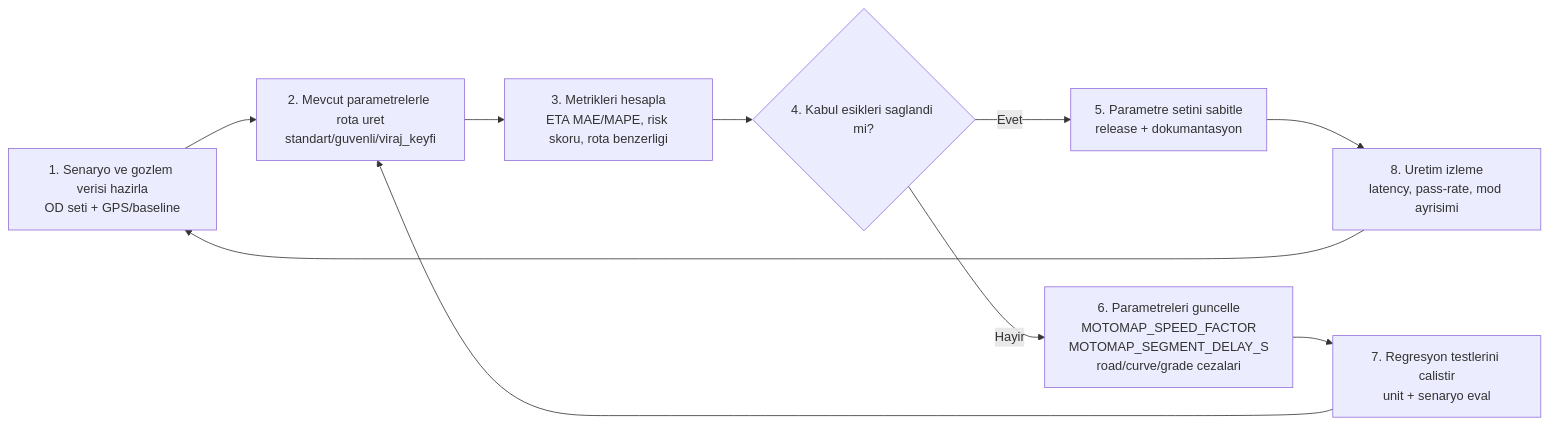
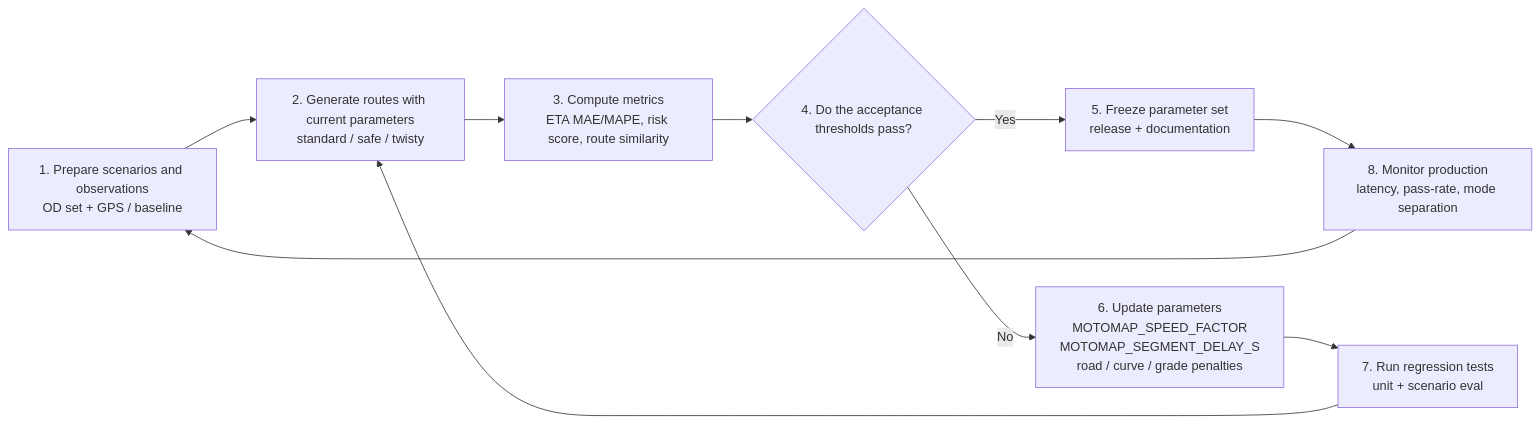
Before and after one commit to alireal973/motomap: the second of 2 diagrams in docs/architecture/system-layers-and-calibration.md, drawn with Mermaid. The commit also changed other lines of this file and 38 other files, not shown here.

````diff
--- a/docs/architecture/system-layers-and-calibration.md
+++ b/docs/architecture/system-layers-and-calibration.md
@@ -89,17 +85,17 @@
 ```mermaid
 flowchart LR
-    A[1. Senaryo ve gozlem verisi hazirla\nOD seti + GPS/baseline] -->
-    B[2. Mevcut parametrelerle rota uret\nstandart/guvenli/viraj_keyfi]
+    A[1. Prepare scenarios and observations\nOD set + GPS / baseline] -->
+    B[2. Generate routes with current parameters\nstandard / safe / twisty]
 
-    B --> C[3. Metrikleri hesapla\nETA MAE/MAPE, risk skoru, rota benzerligi]
-    C --> D{4. Kabul esikleri saglandi mi?}
+    B --> C[3. Compute metrics\nETA MAE/MAPE, risk score, route similarity]
+    C --> D{4. Do the acceptance thresholds pass?}
 
-    D -- Evet --> E[5. Parametre setini sabitle\nrelease + dokumantasyon]
-    D -- Hayir --> F[6. Parametreleri guncelle\nMOTOMAP_SPEED_FACTOR\nMOTOMAP_SEGMENT_DELAY_S\nroad/curve/grade cezalari]
+    D -- Yes --> E[5. Freeze parameter set\nrelease + documentation]
+    D -- No --> F[6. Update parameters\nMOTOMAP_SPEED_FACTOR\nMOTOMAP_SEGMENT_DELAY_S\nroad / curve / grade penalties]
 
-    F --> G[7. Regresyon testlerini calistir\nunit + senaryo eval]
+    F --> G[7. Run regression tests\nunit + scenario eval]
     G --> B
 
-    E --> H[8. Uretim izleme\nlatency, pass-rate, mod ayrisimi]
+    E --> H[8. Monitor production\nlatency, pass-rate, mode separation]
     H --> A
 ```
````
